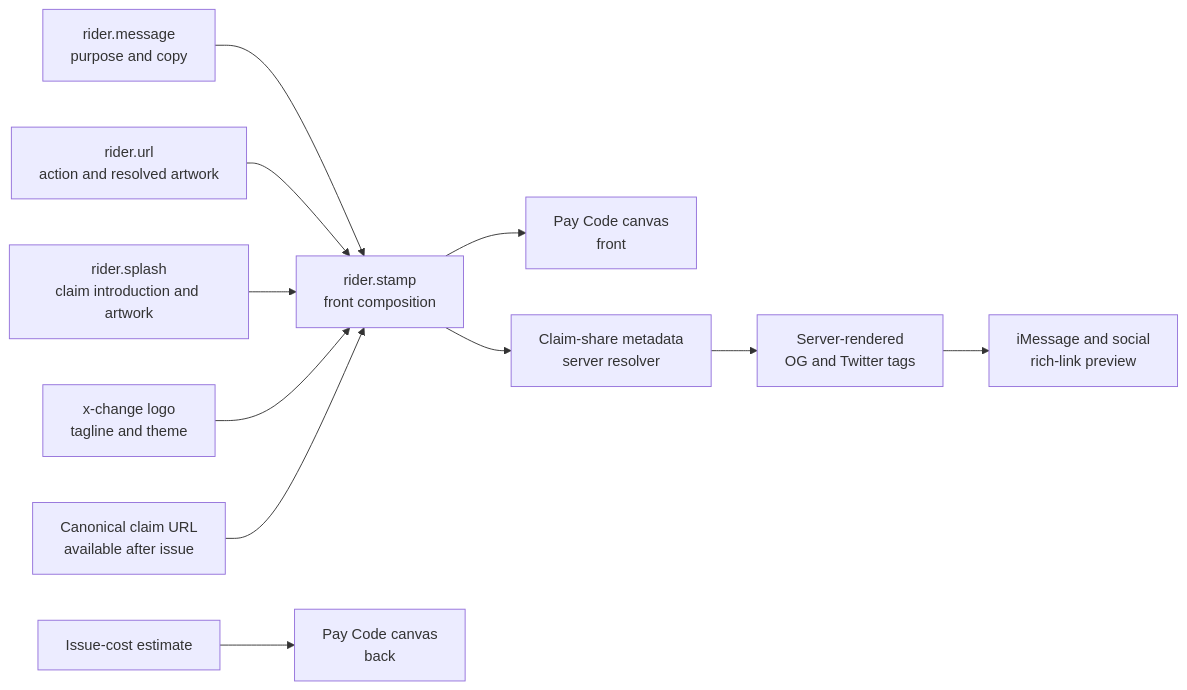
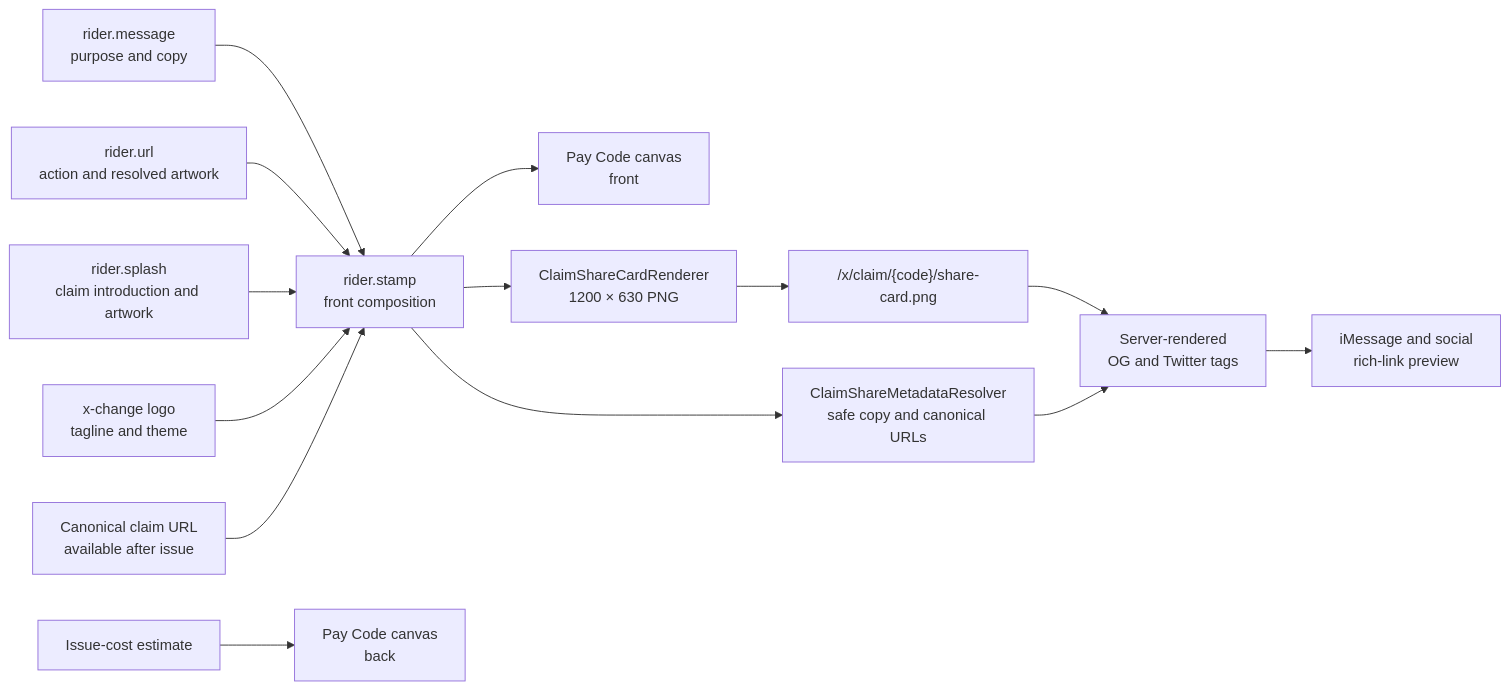
The diagram in docs/ui-cockpit/CREATE_PAY_CODE_UI_UX.md (3neti/x-change), drawn with Mermaid before and after one commit. The commit also changed other lines of this file and 1 other file, not shown here.

Commit message:
document rider stamp share card semantics

````diff
--- a/docs/ui-cockpit/CREATE_PAY_CODE_UI_UX.md
+++ b/docs/ui-cockpit/CREATE_PAY_CODE_UI_UX.md
@@ -51,13 +51,16 @@
 ```mermaid
 flowchart LR
     Message["rider.message<br/>purpose and copy"] --> Stamp["rider.stamp<br/>front composition"]
     Url["rider.url<br/>action and resolved artwork"] --> Stamp
     Splash["rider.splash<br/>claim introduction and artwork"] --> Stamp
     Brand["x-change logo<br/>tagline and theme"] --> Stamp
     Claim["Canonical claim URL<br/>available after issue"] --> Stamp
     Stamp --> Front["Pay Code canvas<br/>front"]
-    Stamp --> Share["Claim-share metadata<br/>server resolver"]
-    Share --> Head["Server-rendered<br/>OG and Twitter tags"]
+    Stamp --> Card["ClaimShareCardRenderer<br/>1200 × 630 PNG"]
+    Stamp --> Share["ClaimShareMetadataResolver<br/>safe copy and canonical URLs"]
+    Card --> Image["/x/claim/{code}/share-card.png"]
+    Image --> Head["Server-rendered<br/>OG and Twitter tags"]
+    Share --> Head
     Head --> RichLink["iMessage and social<br/>rich-link preview"]
     Pricing["Issue-cost estimate"] --> Back["Pay Code canvas<br/>back"]
 ```
````
